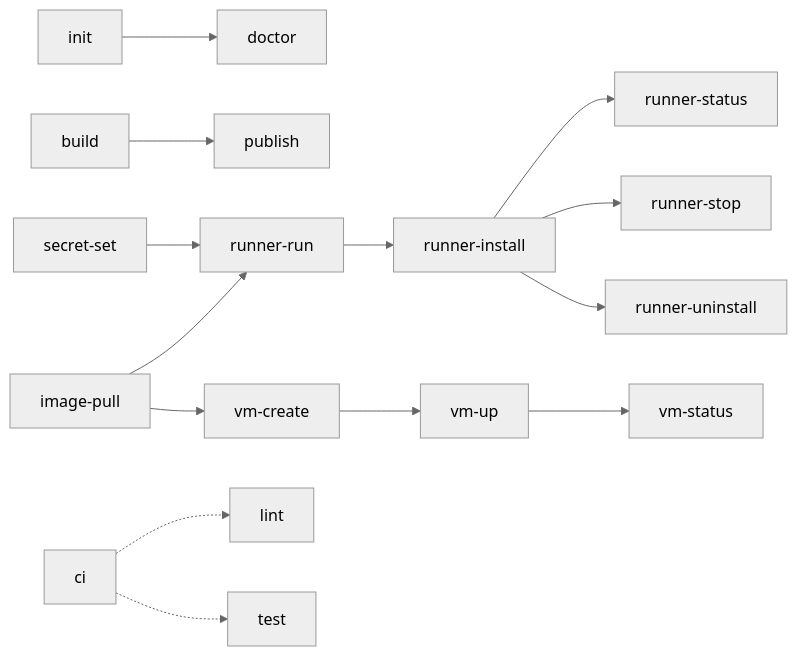
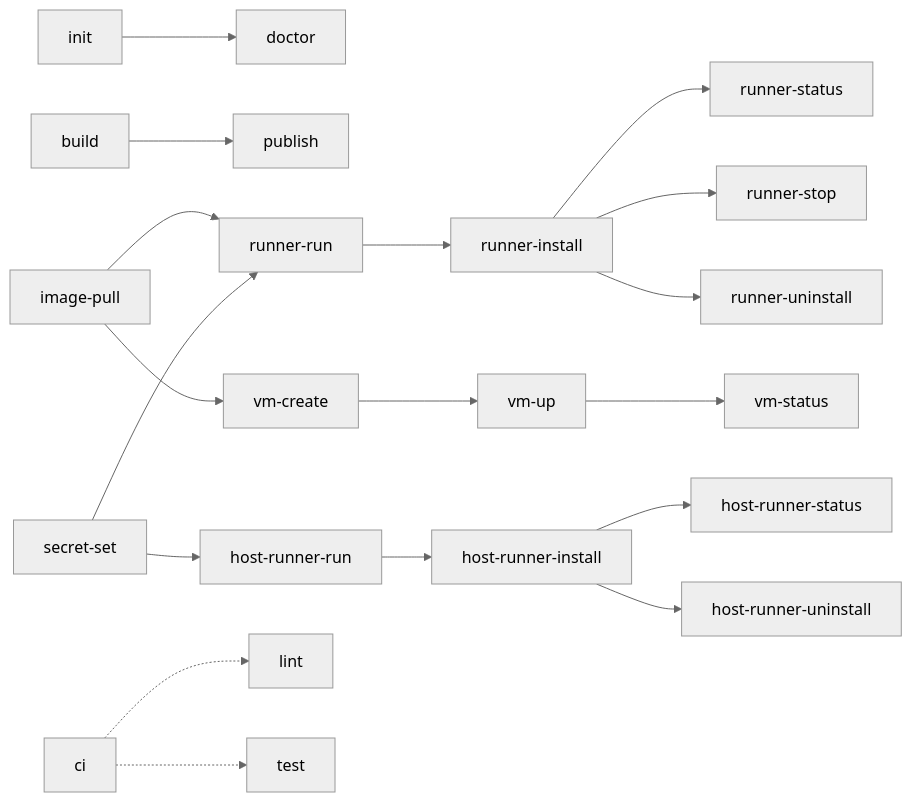
Before and after one commit to lolay/agent-images: the diagram in Makefile.md, drawn with Mermaid (neutral theme). The commit also changed other lines of this file and 13 other files, not shown here.

First line of the commit message:
add a host runner for work a VM can't do (#7)

````diff
--- a/Makefile.md
+++ b/Makefile.md
@@ -14,14 +14,17 @@
 ```mermaid
 graph LR
     init --> doctor
     build --> publish
     image-pull --> runner-run
     secret-set --> runner-run
     runner-run --> runner-install --> runner-status
     runner-install --> runner-stop
     runner-install --> runner-uninstall
+    secret-set --> host-runner-run
+    host-runner-run --> host-runner-install --> host-runner-status
+    host-runner-install --> host-runner-uninstall
     image-pull --> vm-create --> vm-up
     vm-up --> vm-status
     ci -.-> lint
     ci -.-> test
 ```
````
